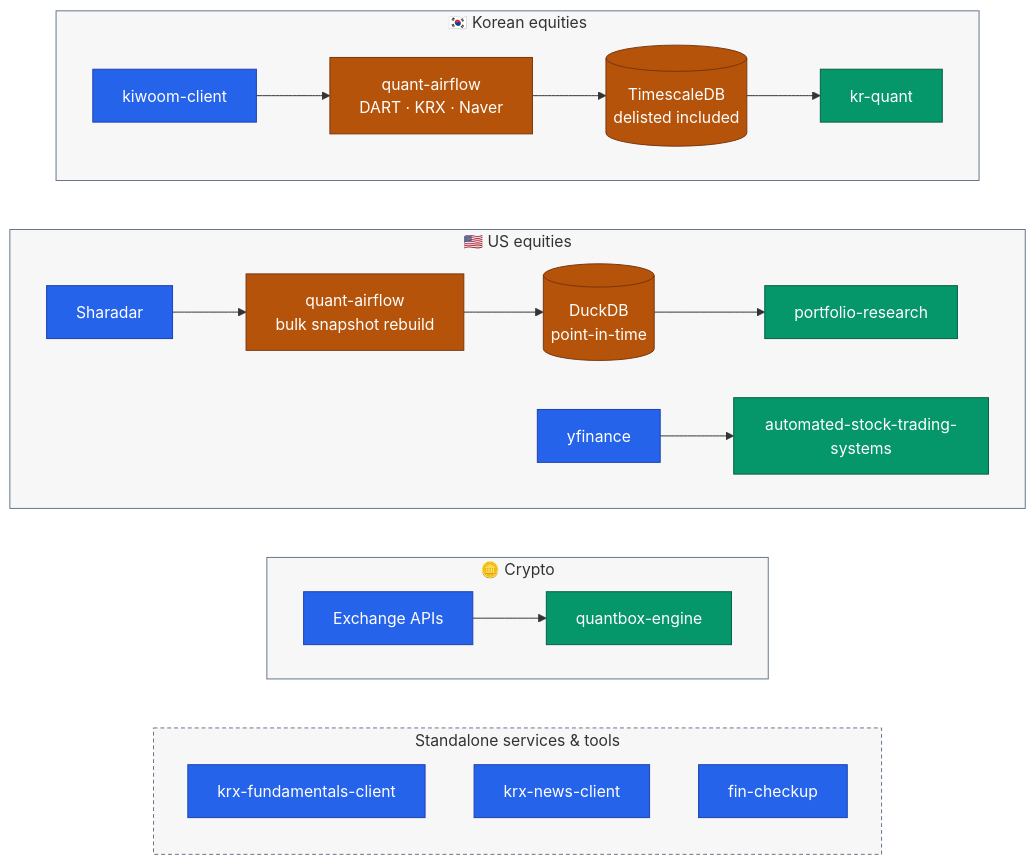
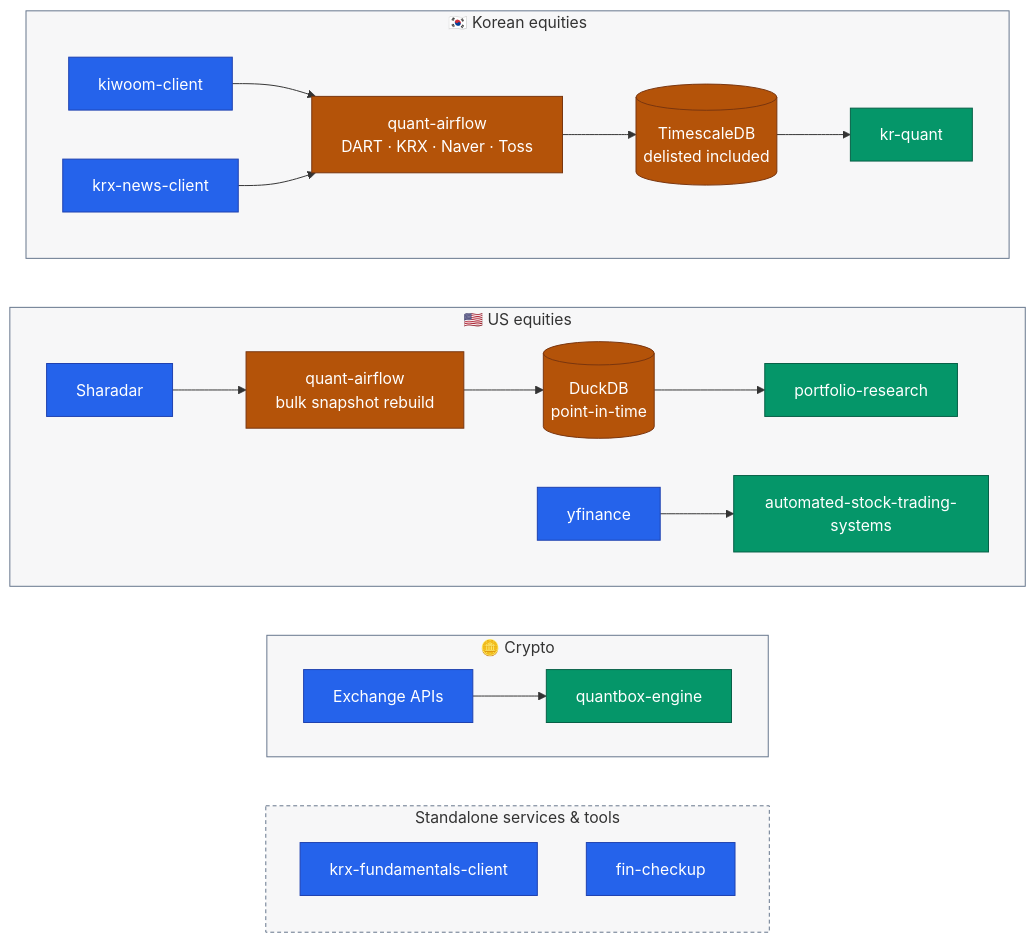
One commit to younghwan91/younghwan91 changed the diagram in README.md. Above: the diagram before and after it, drawn with Mermaid. The commit also changed other lines of this file and 1 other file, not shown here.

First line of the commit message:
docs(readme): quant-airflow 뉴스 파이프라인 반영 — krx-news-client 를 파이프라인 안으로

````diff
--- a/README.md
+++ b/README.md
@@ -21,41 +21,41 @@
 ```mermaid
 flowchart TB
     subgraph KR ["🇰🇷 Korean equities"]
         direction LR
-        K["kiwoom-client"] --> AF["quant-airflow<br/>DART · KRX · Naver"] --> DB[("TimescaleDB<br/>delisted included")] --> Q["kr-quant"]
+        K["kiwoom-client"] --> AF["quant-airflow<br/>DART · KRX · Naver · Toss"] --> DB[("TimescaleDB<br/>delisted included")] --> Q["kr-quant"]
+        NW["krx-news-client"] --> AF
     end
 
     subgraph US ["🇺🇸 US equities"]
         direction LR
         SH["Sharadar"] --> AFU["quant-airflow<br/>bulk snapshot rebuild"] --> DD[("DuckDB<br/>point-in-time")] --> O["portfolio-research"]
         YF["yfinance"] --> AT["automated-stock-trading-systems"]
     end
 
     subgraph CX ["🪙 Crypto"]
         direction LR
         EX["Exchange APIs"] --> CR["quantbox-engine"]
     end
 
     subgraph SVC ["Standalone services & tools"]
         direction TB
         F["krx-fundamentals-client"]
-        NW["krx-news-client"]
         FC["fin-checkup"]
     end
 
     %% 세로 정렬용 — `~~~` 는 그 자체로 보이지 않는 링크다(linkStyle 불필요).
     KR ~~~ US ~~~ CX ~~~ SVC
 
     classDef source fill:#2563EB,stroke:#1E40AF,color:#FFFFFF
     classDef move   fill:#B45309,stroke:#78350F,color:#FFFFFF
     classDef out    fill:#059669,stroke:#065F46,color:#FFFFFF
 
     class K,SH,YF,EX,F,NW,FC source
     class AF,AFU,DB,DD move
     class Q,O,AT,CR out
 
     style KR  fill:#0F172A08,stroke:#64748B
     style US  fill:#0F172A08,stroke:#64748B
     style CX  fill:#0F172A08,stroke:#64748B
     style SVC fill:#0F172A08,stroke:#64748B,stroke-dasharray:4 3
 ```
````
